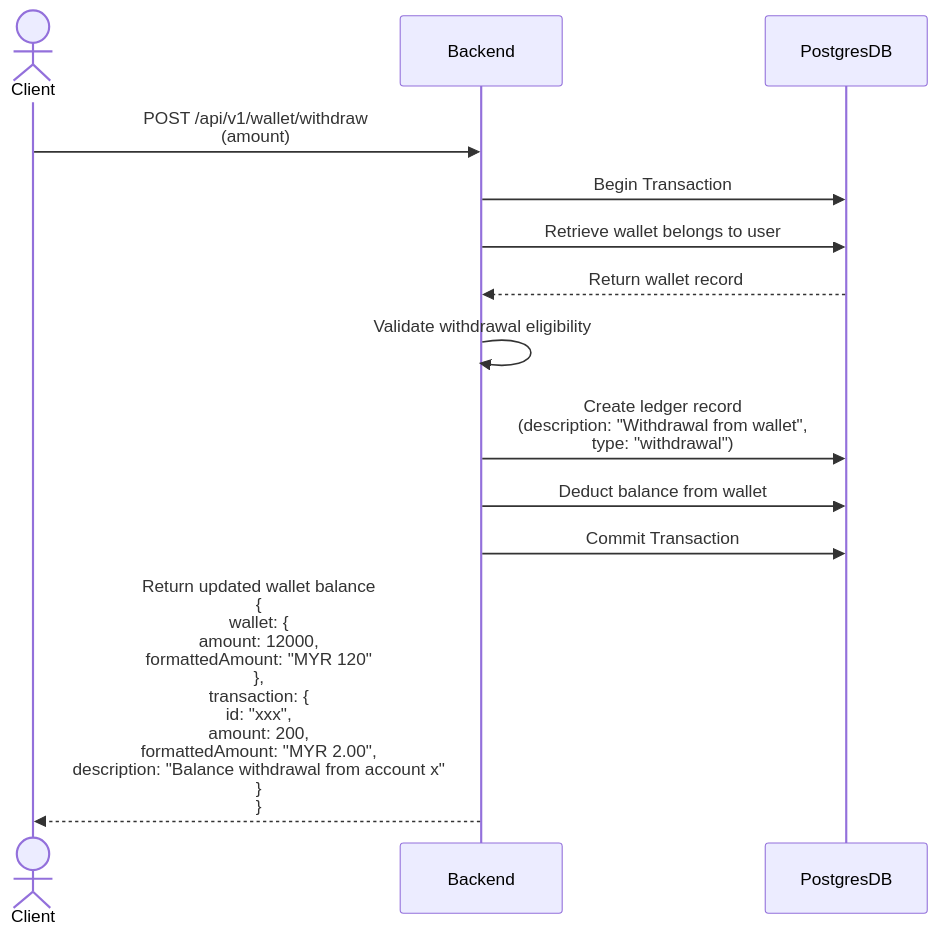
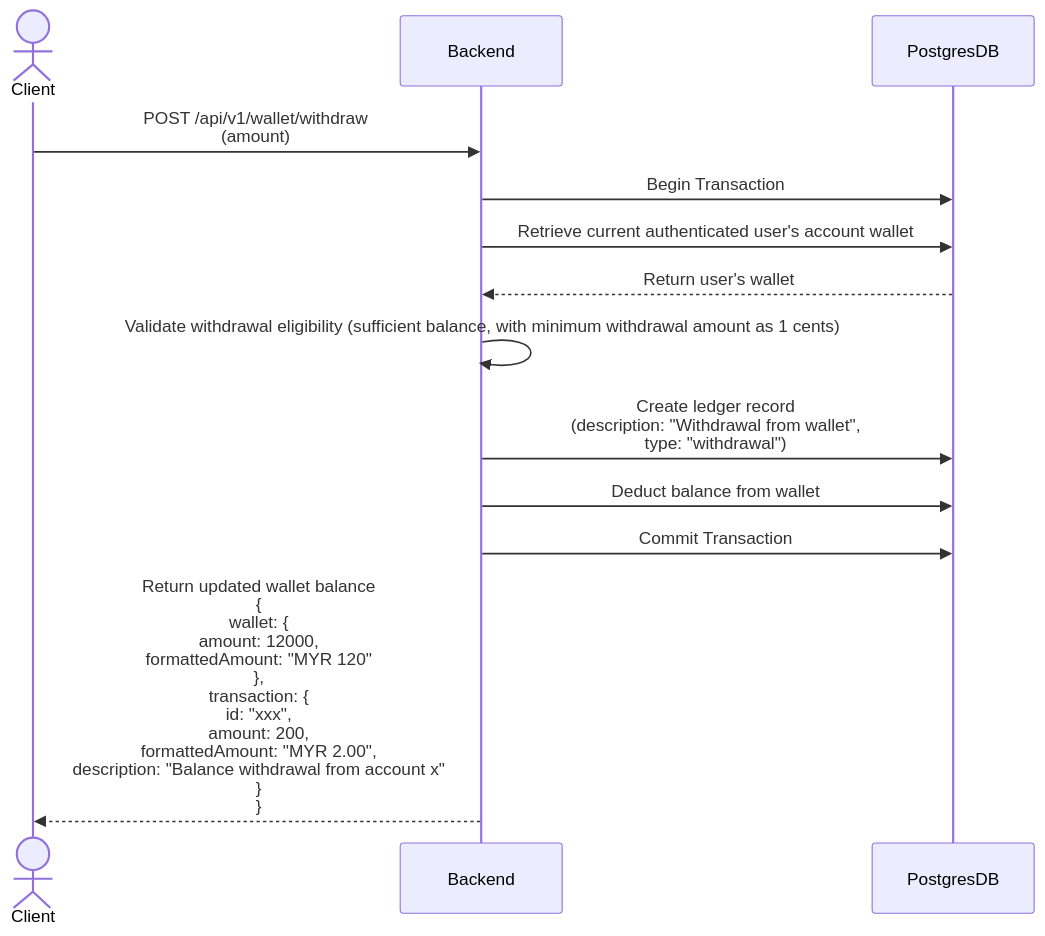
The first of 3 diagrams in docs/scenarios/withdraw_money.md (leeliwei930/walletassignment), drawn with Mermaid before and after one commit. The commit also changed other lines of this file and 6 other files, not shown here.

Commit message:
Update authentication method in README and scenarios to use X-PHONE-NUMBER header; add OpenAPI documentation for wallet API endpoints and scenarios for deposit, withdrawal, and transfer operations.

````diff
--- a/docs/scenarios/withdraw_money.md
+++ b/docs/scenarios/withdraw_money.md
@@ -4,16 +4,16 @@
 ```mermaid
 sequenceDiagram
     actor Client
     participant Backend
     participant PostgresDB
 
     Client->>Backend: POST /api/v1/wallet/withdraw<br/>(amount)
     Backend->>PostgresDB: Begin Transaction
-    Backend->>PostgresDB: Retrieve wallet belongs to user
-    PostgresDB-->>Backend: Return wallet record
-    Backend->>Backend: Validate withdrawal eligibility
+    Backend->>PostgresDB: Retrieve current authenticated user's account wallet
+    PostgresDB-->>Backend: Return user's wallet
+    Backend->>Backend: Validate withdrawal eligibility (sufficient balance, with minimum withdrawal amount as 1 cents)
     Backend->>PostgresDB: Create ledger record<br/>(description: "Withdrawal from wallet",<br/>type: "withdrawal")
     Backend->>PostgresDB: Deduct balance from wallet
     Backend->>PostgresDB: Commit Transaction
     Backend-->>Client: Return updated wallet balance<br/>{<br/>wallet: {<br/>amount: 12000,<br/>formattedAmount: "MYR 120"<br/>},<br/>transaction: {<br/>id: "xxx",<br/>amount: 200,<br/>formattedAmount: "MYR 2.00",<br/>description: "Balance withdrawal from account x"<br/>}<br/>}
 ```
````
